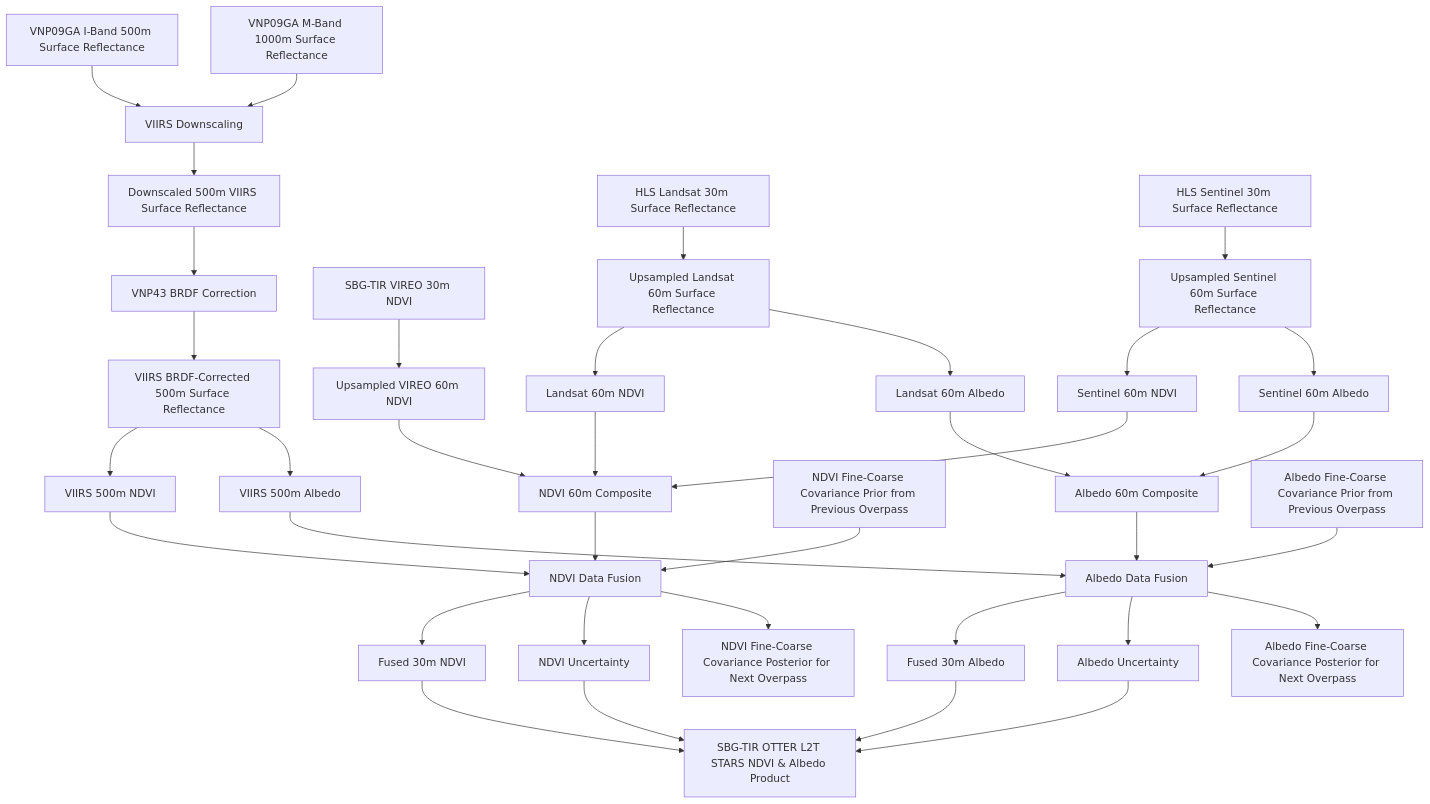
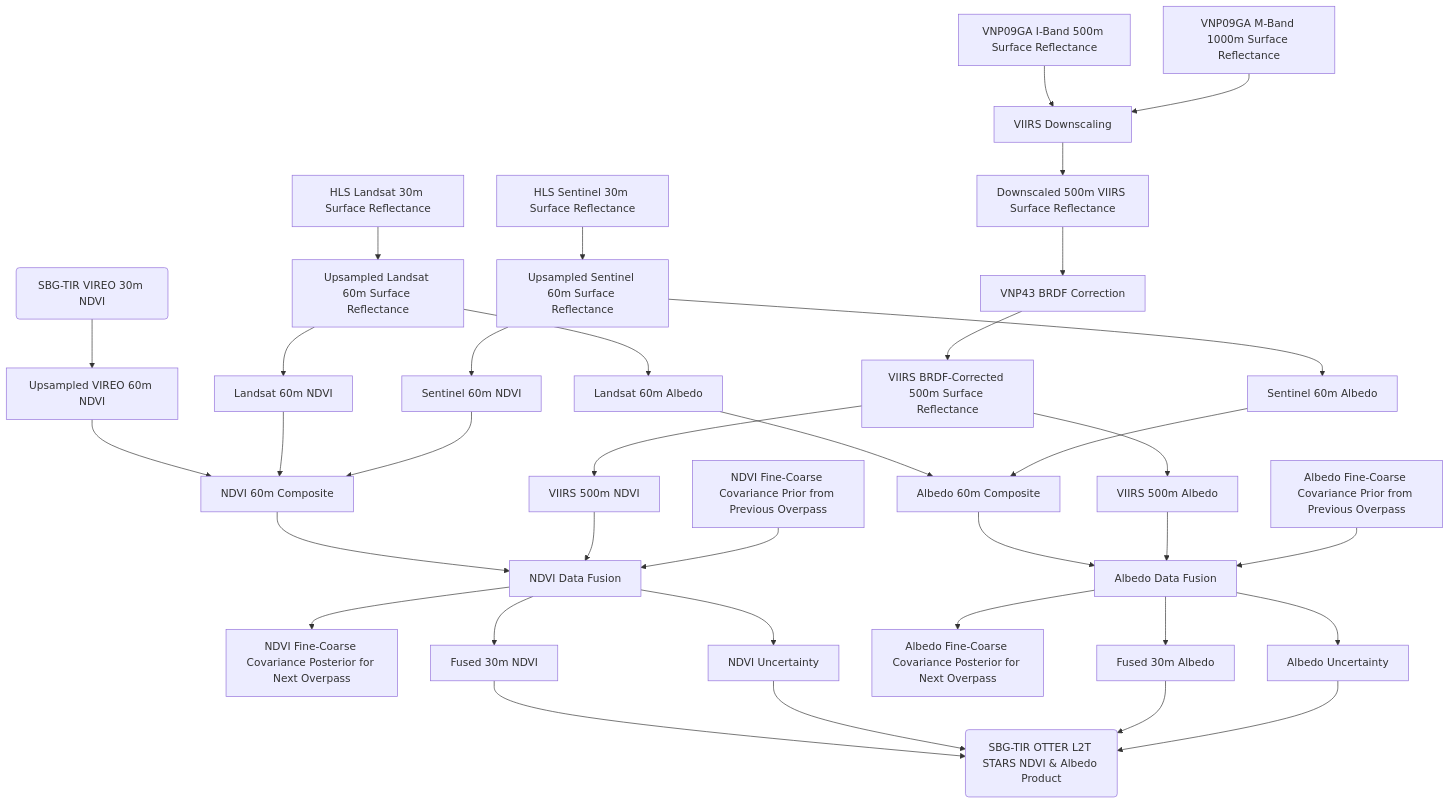
Before and after one commit to sbg-tir/SBG-TIR-L2-STARS: the diagram in README.md, drawn with Mermaid.

````diff
--- a/README.md
+++ b/README.md
@@ -61,80 +61,80 @@
 ```mermaid
 flowchart TB
+    VIREO_NDVI(SBG-TIR VIREO 30m NDVI)
+    VIREO_upsampled[Upsampled VIREO 60m NDVI]
+
     VNP09GA_I[VNP09GA I-Band 500m Surface Reflectance]
     VNP09GA_M[VNP09GA M-Band 1000m Surface Reflectance]
     VIIRS_downscaling[VIIRS Downscaling]
     VNP09GA_downscaled[Downscaled 500m VIIRS Surface Reflectance]
     VNP43_BRDF[VNP43 BRDF Correction]
     VIIRS_corrected[VIIRS BRDF-Corrected 500m Surface Reflectance]
     VIIRS_NDVI[VIIRS 500m NDVI]
     VIIRS_albedo[VIIRS 500m Albedo]
-
-    VIREO_NDVI[SBG-TIR VIREO 30m NDVI]
-    VIREO_upsampled[Upsampled VIREO 60m NDVI]
 
     Landsat_reflectance[HLS Landsat 30m Surface Reflectance]
     Landsat_upsampled[Upsampled Landsat 60m Surface Reflectance]
     Landsat_NDVI[Landsat 60m NDVI]
     Sentinel_reflectance[HLS Sentinel 30m Surface Reflectance]
     Sentinel_upsampled[Upsampled Sentinel 60m Surface Reflectance]
     Sentinel_NDVI[Sentinel 60m NDVI]
     fine_NDVI_input[NDVI 60m Composite]
     NDVI_covariance_prior[NDVI Fine-Coarse Covariance Prior from Previous Overpass]
     NDVI_covariance_posterior[NDVI Fine-Coarse Covariance Posterior for Next Overpass]
     NDVI_data_fusion[NDVI Data Fusion]
     fine_NDVI_output[Fused 30m NDVI]
     fine_NDVI_uncertainty[NDVI Uncertainty]
 
     Landsat_albedo[Landsat 60m Albedo]
     Sentinel_albedo[Sentinel 60m Albedo]
     fine_albedo_input[Albedo 60m Composite]
     albedo_covariance_prior[Albedo Fine-Coarse Covariance Prior from Previous Overpass]
     albedo_covariance_posterior[Albedo Fine-Coarse Covariance Posterior for Next Overpass]
     albedo_data_fusion[Albedo Data Fusion]
     fine_albedo_output[Fused 30m Albedo]
     fine_albedo_uncertainty[Albedo Uncertainty]
 
-    SBG_L2T_STARS[SBG-TIR OTTER L2T STARS NDVI & Albedo Product]
+    SBG_L2T_STARS(SBG-TIR OTTER L2T STARS NDVI & Albedo Product)
     
     VNP09GA_I --> VIIRS_downscaling
     VNP09GA_M --> VIIRS_downscaling
     VIIRS_downscaling --> VNP09GA_downscaled
     VNP09GA_downscaled --> VNP43_BRDF
     VNP43_BRDF --> VIIRS_corrected
     VIIRS_corrected --> VIIRS_NDVI
     VIIRS_corrected --> VIIRS_albedo
 
     VIREO_NDVI --> VIREO_upsampled
     Landsat_reflectance --> Landsat_upsampled
     Sentinel_reflectance --> Sentinel_upsampled
 
     Landsat_upsampled --> Landsat_NDVI
     Sentinel_upsampled --> Sentinel_NDVI
 
     Landsat_upsampled --> Landsat_albedo
     Sentinel_upsampled --> Sentinel_albedo
 
     VIREO_upsampled --> fine_NDVI_input
     Landsat_NDVI --> fine_NDVI_input
     Sentinel_NDVI --> fine_NDVI_input
     fine_NDVI_input --> NDVI_data_fusion
     VIIRS_NDVI --> NDVI_data_fusion
     NDVI_covariance_prior --> NDVI_data_fusion
     NDVI_data_fusion --> fine_NDVI_output
     NDVI_data_fusion --> fine_NDVI_uncertainty
     NDVI_data_fusion --> NDVI_covariance_posterior
 
     Landsat_albedo --> fine_albedo_input
     Sentinel_albedo --> fine_albedo_input
     fine_albedo_input --> albedo_data_fusion
     VIIRS_albedo --> albedo_data_fusion
     albedo_covariance_prior --> albedo_data_fusion
     albedo_data_fusion --> fine_albedo_output
     albedo_data_fusion --> fine_albedo_uncertainty
     albedo_data_fusion --> albedo_covariance_posterior
 
     fine_NDVI_output --> SBG_L2T_STARS
     fine_NDVI_uncertainty --> SBG_L2T_STARS
     fine_albedo_output --> SBG_L2T_STARS
     fine_albedo_uncertainty --> SBG_L2T_STARS
 ```
````
